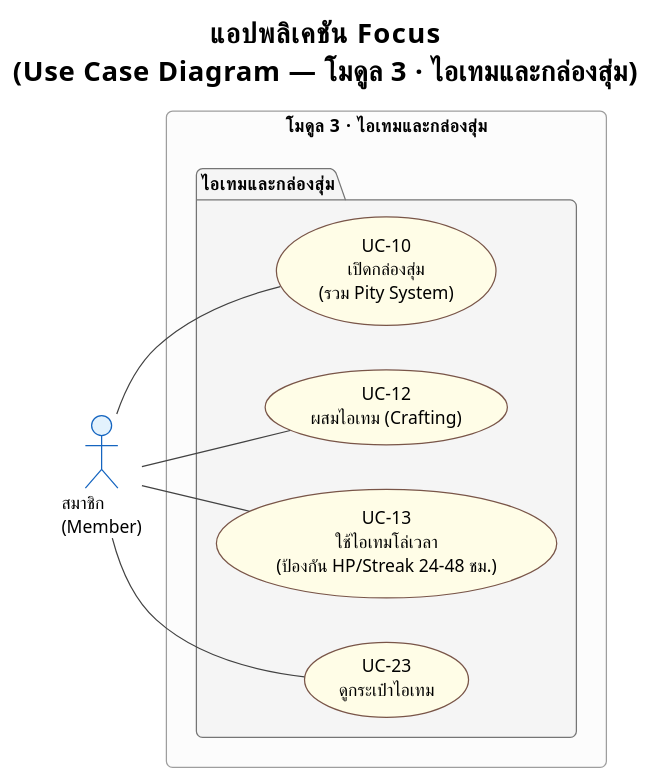
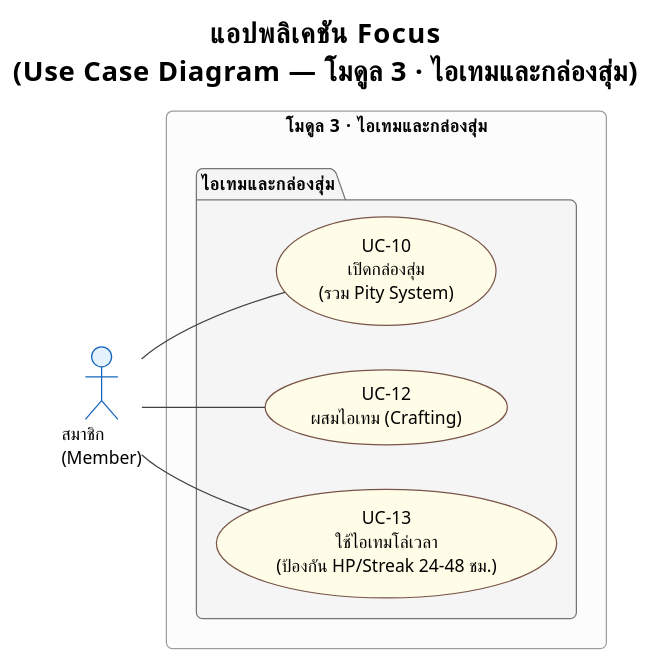
One commit to popotaroman-cloud/dssiprj-pad changed the diagram in proposal/usecase/usecase_module3.puml. Above: the diagram before and after it, drawn with PlantUML. The commit also changed other lines of this file and 23 other files, not shown here.

Commit message:
แก้ usecase_description,usecase_activity,usecase_diagram,usecase_description,ui_state_diadgram

```diff
--- a/proposal/usecase/usecase_module3.puml
+++ b/proposal/usecase/usecase_module3.puml
@@ -4,46 +4,44 @@
 @startuml usecase_module3
 !theme plain
 skinparam defaultFontName TH Sarabun New
 skinparam defaultFontSize 14
 skinparam roundcorner 10
 
 skinparam usecase {
   BackgroundColor #FFFDE7
   BorderColor #795548
 }
 skinparam actor {
   BackgroundColor #E3F2FD
   BorderColor #1565C0
 }
 skinparam package {
   BackgroundColor #F5F5F5
   BorderColor #757575
   FontStyle bold
 }
 skinparam rectangle {
   BackgroundColor #FCFCFC
   BorderColor #9E9E9E
 }
 skinparam ArrowColor #424242
 
 title <b>แอปพลิเคชัน Focus</b>\n(Use Case Diagram — โมดูล 3 · ไอเทมและกล่องสุ่ม)
 
 left to right direction
 
 actor "สมาชิก\n(Member)" as Member
 
 rectangle "โมดูล 3 · ไอเทมและกล่องสุ่ม" {
   package "ไอเทมและกล่องสุ่ม" {
     usecase "UC-10\nเปิดกล่องสุ่ม\n(รวม Pity System)" as UC10
     usecase "UC-12\nผสมไอเทม (Crafting)" as UC12
     usecase "UC-13\nใช้ไอเทมโล่เวลา\n(ป้องกัน HP/Streak 24-48 ชม.)" as UC13
-    usecase "UC-23\nดูกระเป๋าไอเทม" as UC23
   }
 }
 
 Member -- UC10
 Member -- UC12
 Member -- UC13
-Member -- UC23
 
 @enduml
```
